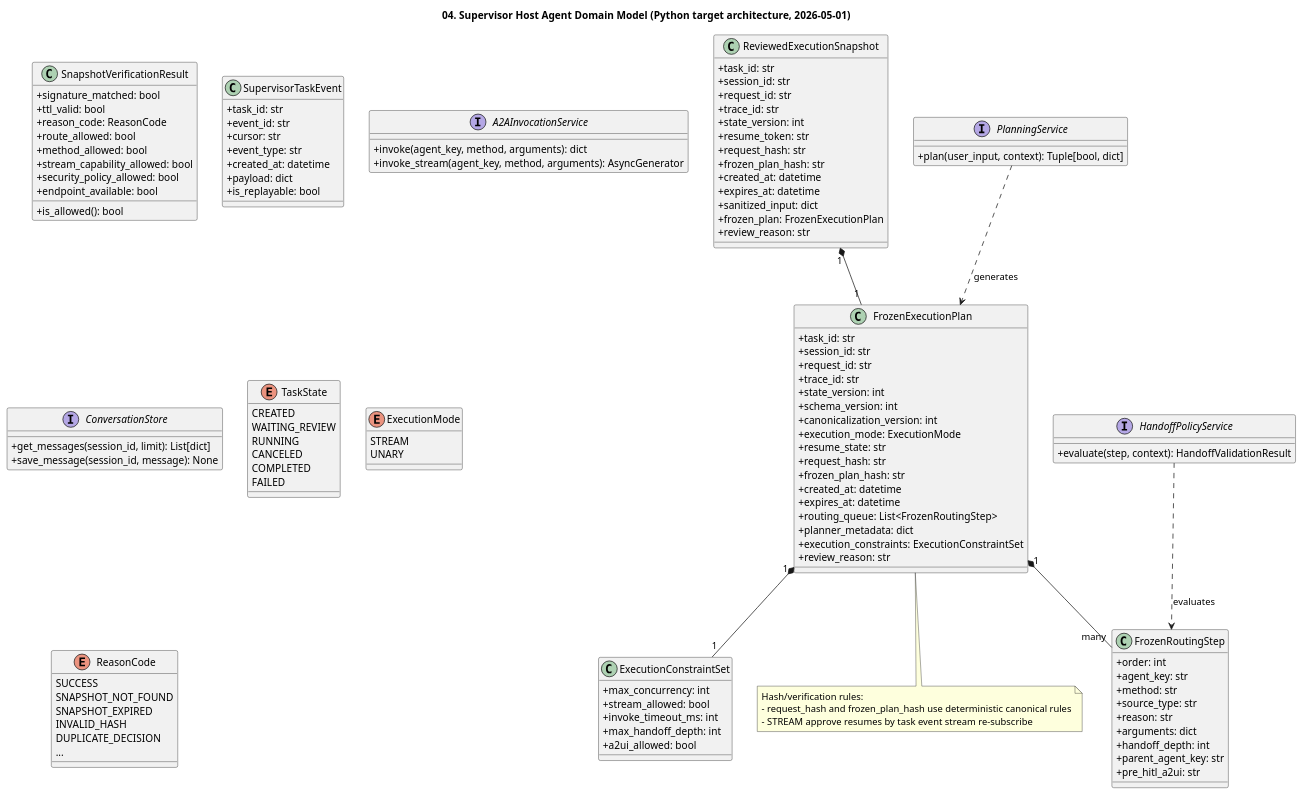
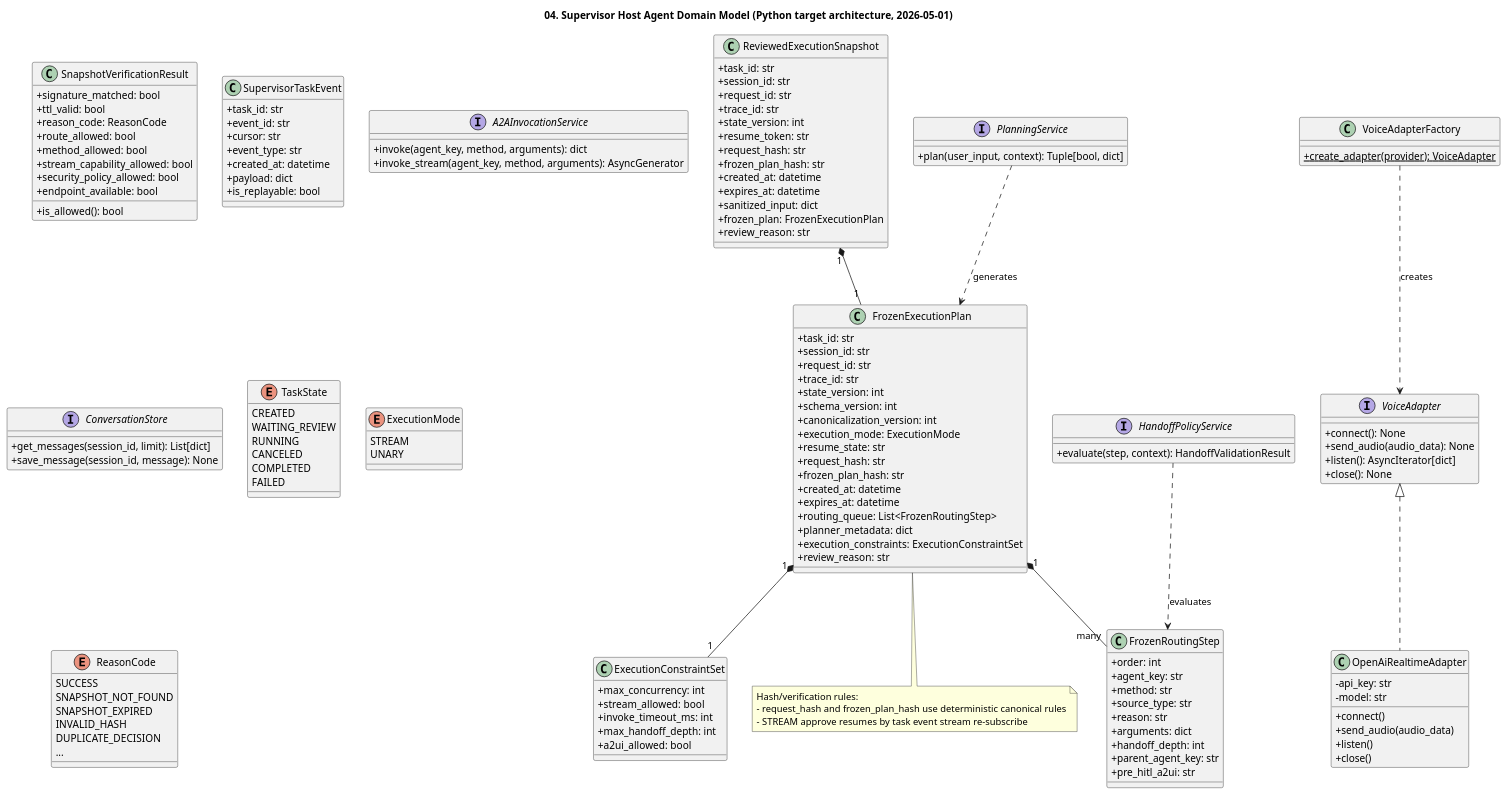
One commit to kim57uak/smart-supervisor-sub-agent changed the diagram in a2a-host_agent-architecture/04-domain-class-model.puml. Above: the diagram before and after it, drawn with PlantUML. The commit also changed 35 other files, not shown here.

```diff
--- a/a2a-host_agent-architecture/04-domain-class-model.puml
+++ b/a2a-host_agent-architecture/04-domain-class-model.puml
@@ -1,146 +1,168 @@
 @startuml
 title 04. Supervisor Host Agent Domain Model (Python target architecture, 2026-05-01)
 
 skinparam shadowing false
 skinparam classAttributeIconSize 0
 
 ' --- Core Domain Entities (Pydantic Models) ---
 
 class FrozenRoutingStep {
   +order: int
   +agent_key: str
   +method: str
   +source_type: str
   +reason: str
   +arguments: dict
   +handoff_depth: int
   +parent_agent_key: str
   +pre_hitl_a2ui: str
 }
 
 class ExecutionConstraintSet {
   +max_concurrency: int
   +stream_allowed: bool
   +invoke_timeout_ms: int
   +max_handoff_depth: int
   +a2ui_allowed: bool
 }
 
 class FrozenExecutionPlan {
   +task_id: str
   +session_id: str
   +request_id: str
   +trace_id: str
   +state_version: int
   +schema_version: int
   +canonicalization_version: int
   +execution_mode: ExecutionMode
   +resume_state: str
   +request_hash: str
   +frozen_plan_hash: str
   +created_at: datetime
   +expires_at: datetime
   +routing_queue: List<FrozenRoutingStep>
   +planner_metadata: dict
   +execution_constraints: ExecutionConstraintSet
   +review_reason: str
 }
 
 class ReviewedExecutionSnapshot {
   +task_id: str
   +session_id: str
   +request_id: str
   +trace_id: str
   +state_version: int
   +resume_token: str
   +request_hash: str
   +frozen_plan_hash: str
   +created_at: datetime
   +expires_at: datetime
   +sanitized_input: dict
   +frozen_plan: FrozenExecutionPlan
   +review_reason: str
 }
 
 class SnapshotVerificationResult {
   +signature_matched: bool
   +ttl_valid: bool
   +reason_code: ReasonCode
   +route_allowed: bool
   +method_allowed: bool
   +stream_capability_allowed: bool
   +security_policy_allowed: bool
   +endpoint_available: bool
   +is_allowed(): bool
 }
 
 class SupervisorTaskEvent {
   +task_id: str
   +event_id: str
   +cursor: str
   +event_type: str
   +created_at: datetime
   +payload: dict
   +is_replayable: bool
 }
 
 ' --- Interfaces (Ports) ---
 
 interface PlanningService {
   +plan(user_input, context): Tuple[bool, dict]
 }
 
 interface A2AInvocationService {
   +invoke(agent_key, method, arguments): dict
   +invoke_stream(agent_key, method, arguments): AsyncGenerator
 }
 
 interface HandoffPolicyService {
   +evaluate(step, context): HandoffValidationResult
 }
 
 interface ConversationStore {
   +get_messages(session_id, limit): List[dict]
   +save_message(session_id, message): None
 }
 
+interface VoiceAdapter {
+  +connect(): None
+  +send_audio(audio_data): None
+  +listen(): AsyncIterator[dict]
+  +close(): None
+}
+
+class OpenAiRealtimeAdapter {
+  -api_key: str
+  -model: str
+  +connect()
+  +send_audio(audio_data)
+  +listen()
+  +close()
+}
+
+class VoiceAdapterFactory {
+  {static} +create_adapter(provider): VoiceAdapter
+}
+
 ' --- Enums ---
 
 enum TaskState {
   CREATED
   WAITING_REVIEW
   RUNNING
   CANCELED
   COMPLETED
   FAILED
 }
 
 enum ExecutionMode {
   STREAM
   UNARY
 }
 
 enum ReasonCode {
   SUCCESS
   SNAPSHOT_NOT_FOUND
   SNAPSHOT_EXPIRED
   INVALID_HASH
   DUPLICATE_DECISION
   ...
 }
 
 ' --- Relationships ---
 
 FrozenExecutionPlan "1" *-- "many" FrozenRoutingStep
 FrozenExecutionPlan "1" *-- "1" ExecutionConstraintSet
 ReviewedExecutionSnapshot "1" *-- "1" FrozenExecutionPlan
 PlanningService ..> FrozenExecutionPlan : generates
 HandoffPolicyService ..> FrozenRoutingStep : evaluates
+VoiceAdapter <|.. OpenAiRealtimeAdapter
+VoiceAdapterFactory ..> VoiceAdapter : creates
 
 note bottom of FrozenExecutionPlan
 Hash/verification rules:
 - request_hash and frozen_plan_hash use deterministic canonical rules
 - STREAM approve resumes by task event stream re-subscribe
 end note
 
 @enduml
```
